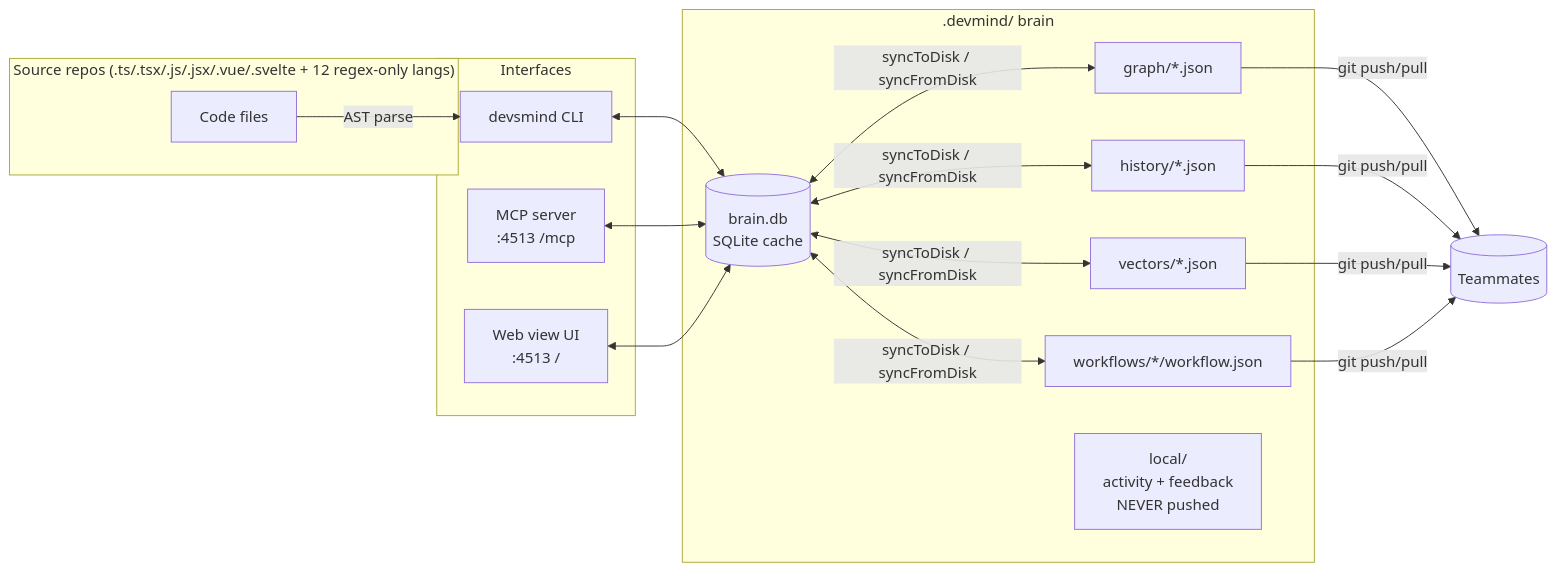
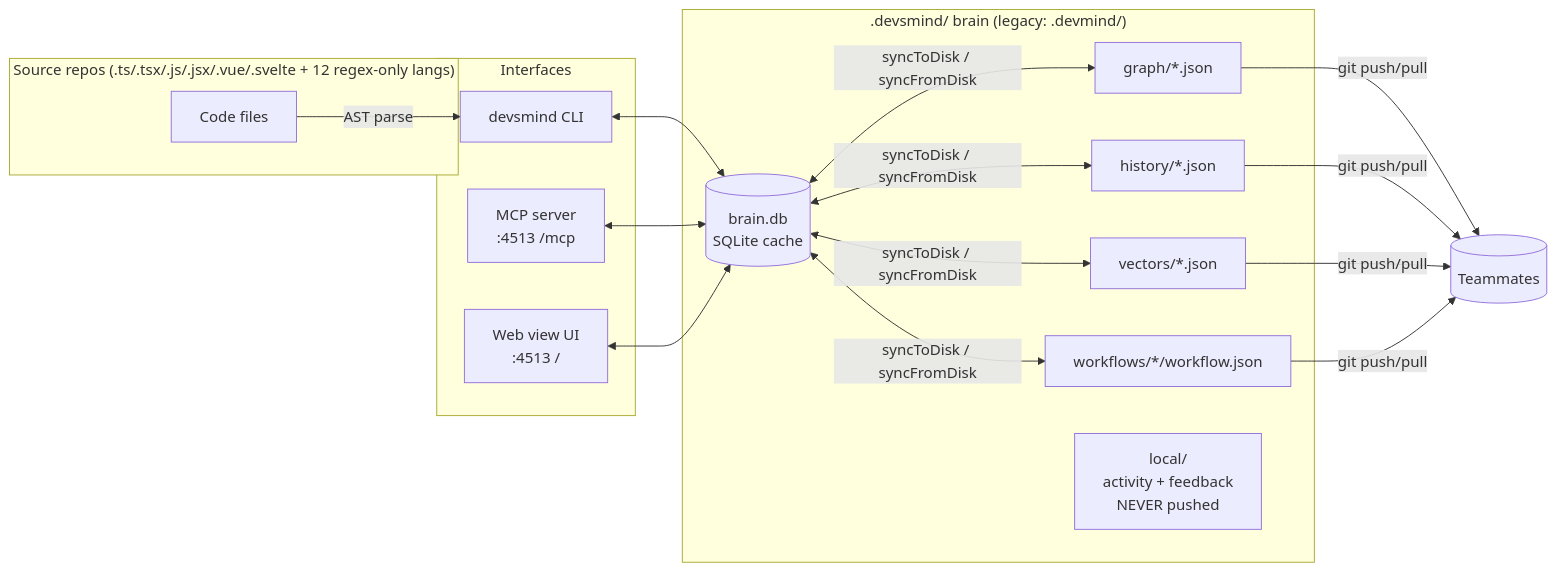
One commit to Abialidr/devsmind-mcp changed the first of 17 diagrams in FUNCTIONALITY_MAP.md. Above: the diagram before and after it, drawn with Mermaid. The commit also changed other lines of this file and 16 other files, not shown here.

````diff
--- a/FUNCTIONALITY_MAP.md
+++ b/FUNCTIONALITY_MAP.md
@@ -19,25 +19,25 @@
 ```mermaid
 flowchart LR
   subgraph Sources["Source repos (.ts/.tsx/.js/.jsx/.vue/.svelte + 12 regex-only langs)"]
     SRC[Code files]
   end
-  subgraph Brain[".devmind/ brain"]
+  subgraph Brain[".devsmind/ brain (legacy: .devmind/)"]
     DB[(brain.db\nSQLite cache)]
     GJSON[graph/*.json]
     HJSON[history/*.json]
     VJSON[vectors/*.json]
     WJSON[workflows/*/workflow.json]
     LOCAL[local/\nactivity + feedback\nNEVER pushed]
   end
   subgraph Interfaces
     MCP[MCP server\n:4513 /mcp]
     CLI[devsmind CLI]
     WEB[Web view UI\n:4513 /]
   end
   SRC -->|AST parse| CLI
   CLI <--> DB
   MCP <--> DB
   WEB <--> DB
   DB <-->|syncToDisk / syncFromDisk| GJSON & HJSON & VJSON & WJSON
   GJSON & HJSON & VJSON & WJSON -->|git push/pull| Team[(Teammates)]
 ```
````
